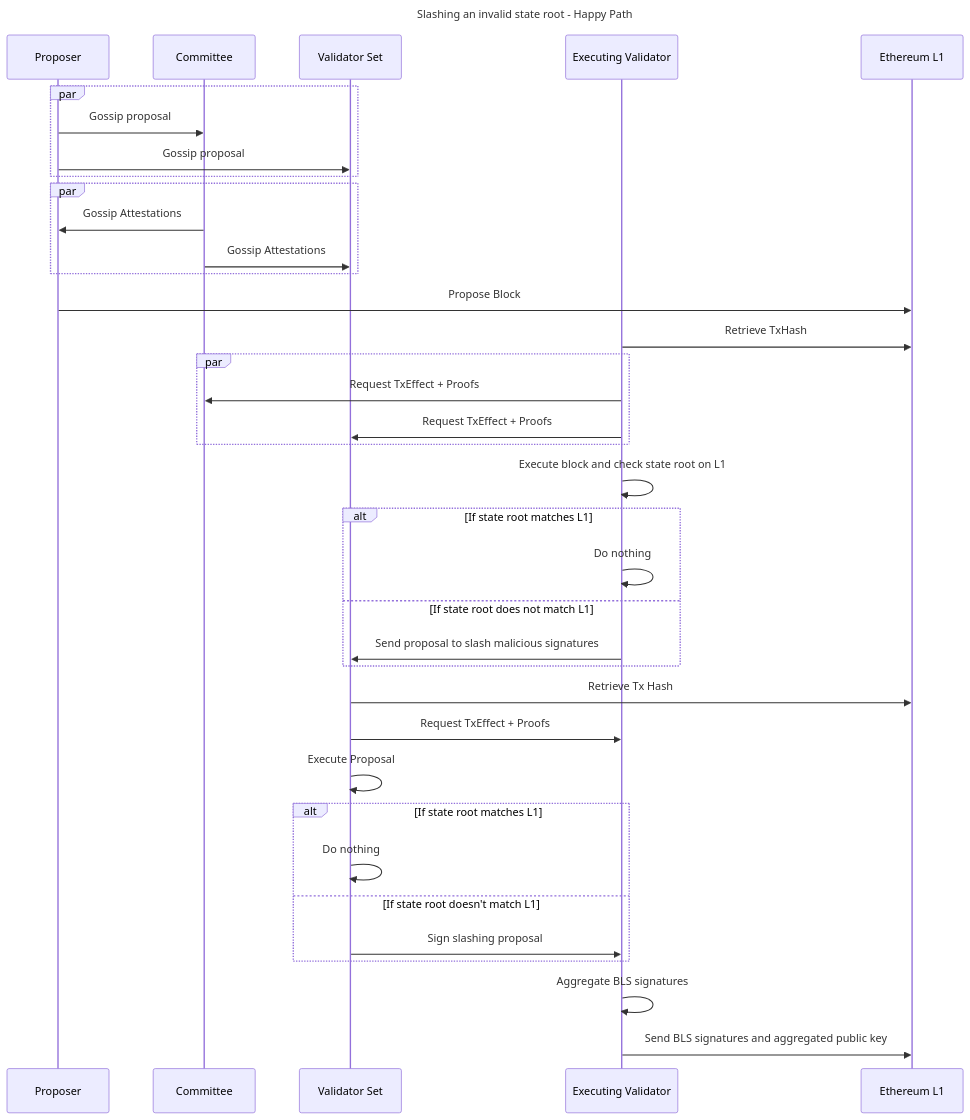
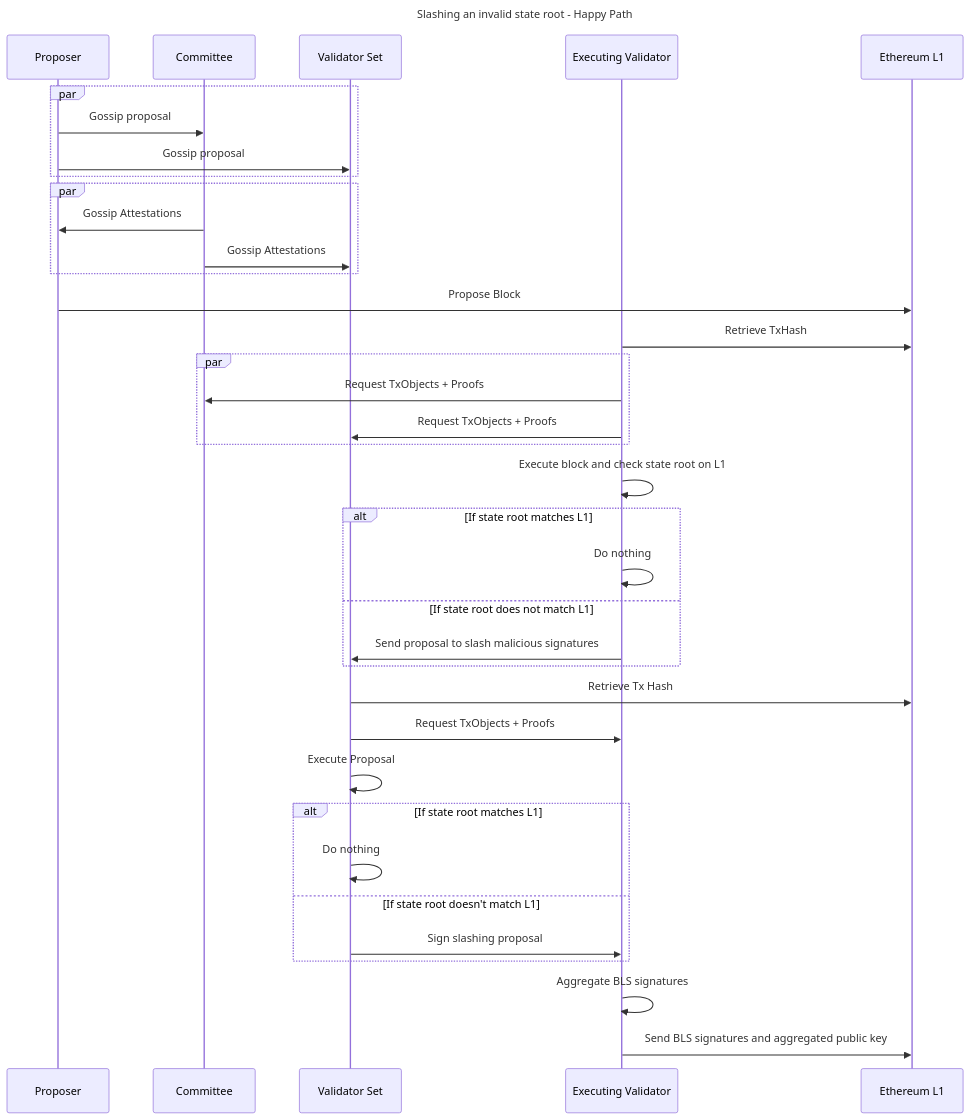
Before and after one commit to AztecProtocol/engineering-designs: the second of 2 diagrams in in-progress/8754-slashing-and staking.md, drawn with Mermaid. The commit also changed other lines of this file, not shown here.

````diff
--- a/in-progress/8754-slashing-and staking.md
+++ b/in-progress/8754-slashing-and staking.md
@@ -169,46 +170,46 @@
 ```mermaid
 sequenceDiagram
 title Slashing an invalid state root - Happy Path
 
     participant A as Proposer
     participant B as Committee
     participant C as Validator Set
     participant D as Executing Validator
     participant E as Ethereum L1
 
     par
         A ->> B: Gossip proposal
         A ->> C: Gossip proposal
     end
 
     par
         B ->> A: Gossip Attestations
         B ->> C: Gossip Attestations
     end
 
     A ->> E: Propose Block
     D ->> E: Retrieve TxHash
     par
-        D ->> B: Request TxEffect + Proofs
-        D ->> C: Request TxEffect + Proofs
+        D ->> B: Request TxObjects + Proofs
+        D ->> C: Request TxObjects + Proofs
     end
 
     D ->> D: Execute block and check state root on L1
     
     alt If state root matches L1
         D ->> D: Do nothing
     else If state root does not match L1
         D ->> C: Send proposal to slash malicious signatures
     end
 
     C ->> E: Retrieve Tx Hash
-    C ->> D: Request TxEffect + Proofs
+    C ->> D: Request TxObjects + Proofs
     C ->> C: Execute Proposal
     alt If state root matches L1
         C ->> C: Do nothing
     else If state root doesn't match L1
         C ->> D: Sign slashing proposal
     end
     D ->> D: Aggregate BLS signatures
     D ->> E: Send BLS signatures and aggregated public key
 ```
````
